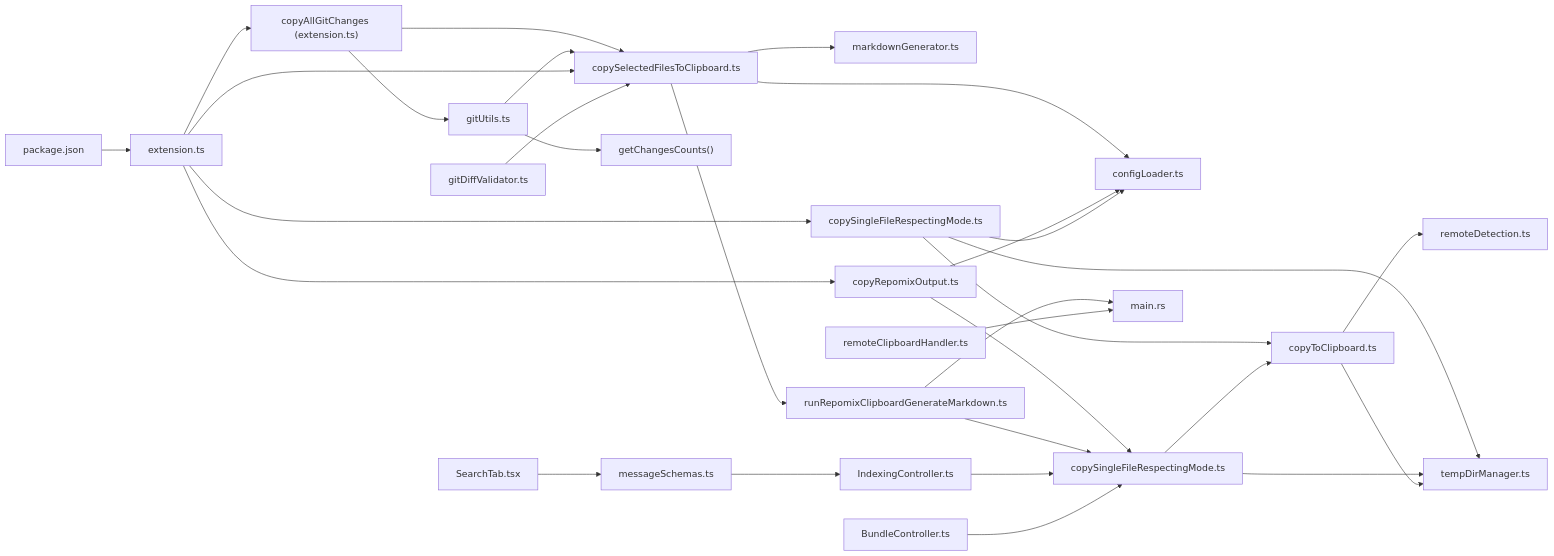
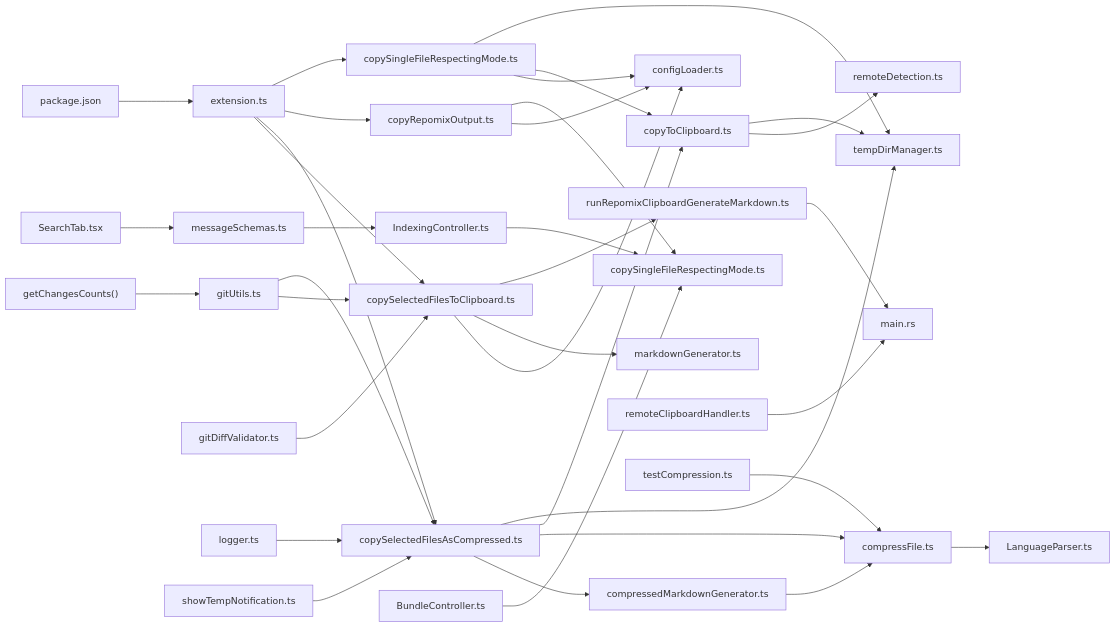
One commit to bramburn/repomix-runner changed diagram 15 of 15 in .qoder/repowiki/en/content/Command System/Command Handlers/Clipboard Commands.md. Above: the diagram before and after it, drawn with Mermaid. The commit also changed other lines of this file and 19 other files, not shown here.

````diff
--- a/.qoder/repowiki/en/content/Command System/Command Handlers/Clipboard Commands.md
+++ b/.qoder/repowiki/en/content/Command System/Command Handlers/Clipboard Commands.md
@@ -677,32 +815,37 @@
 ```mermaid
 graph LR
 CMD1["copySelectedFilesToClipboard.ts"] --> CFG["configLoader.ts"]
 CMD1 --> MD["markdownGenerator.ts"]
 CMD1 --> RMD["runRepomixClipboardGenerateMarkdown.ts"]
-CMD2["copyRepomixOutput.ts"] --> CFG
-CMD2 --> SFM["copySingleFileRespectingMode.ts"]
-CMD3["copySingleFileRespectingMode.ts"] --> CFG
-CMD3 --> RC["copyToClipboard.ts"]
-CMD3 --> TM["tempDirManager.ts"]
-CMD4["copyAllGitChanges (extension.ts)"] --> GITSVC["gitUtils.ts"]
-CMD4 --> CMD1
-RMD --> SFM
-SFM --> RC
-SFM --> TM
-GITSVC --> CMD1
-GITSVC --> COUNTS["getChangesCounts()"]
+CMD2["copySelectedFilesAsCompressed.ts"] --> CMDG["compressedMarkdownGenerator.ts"]
+CMD2 --> COMP["compressFile.ts"]
+CMD2 --> RC["copyToClipboard.ts"]
+CMD2 --> TM["tempDirManager.ts"]
+CMD3["copyRepomixOutput.ts"] --> CFG
+CMD3 --> SFM["copySingleFileRespectingMode.ts"]
+CMD4["copySingleFileRespectingMode.ts"] --> CFG
+CMD4 --> RC
+CMD4 --> TM
+CMDG --> COMP
+COMP --> LPARSER["LanguageParser.ts"]
+GITSVC["gitUtils.ts"] --> CMD1
+GITSVC --> CMD2
+COUNTS["getChangesCounts()"] --> GITSVC
 RMD --> RS["main.rs"]
 RC --> RD["remoteDetection.ts"]
 RC --> TM
 WV["remoteClipboardHandler.ts"] --> RS
 MSG["messageSchemas.ts"] --> CTRL["IndexingController.ts"]
 CTRL --> SFM
 BUNDLECTRL["BundleController.ts"] --> SFM
 SEARCH["SearchTab.tsx"] --> MSG
 EXT["extension.ts"] --> CMD1
 EXT --> CMD2
 EXT --> CMD3
 EXT --> CMD4
 GDIFF["gitDiffValidator.ts"] --> CMD1
 PKG["package.json"] --> EXT
+LOGGER["logger.ts"] --> CMD2
+SHOWNOTIFY["showTempNotification.ts"] --> CMD2
+TESTCOMP["testCompression.ts"] --> COMP
 ```
````
